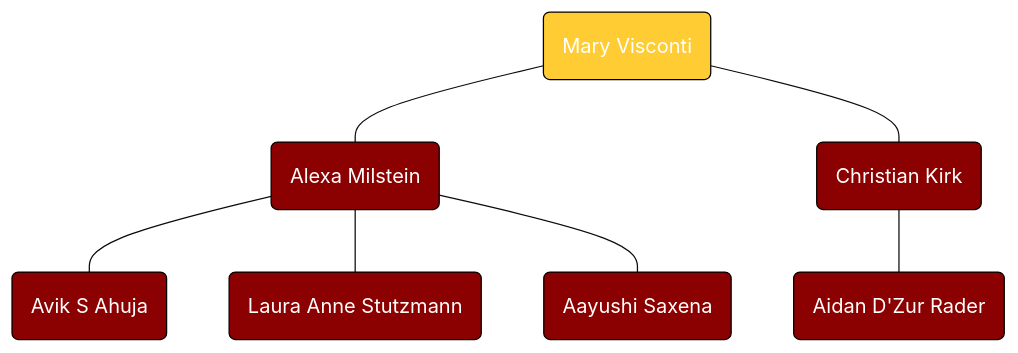
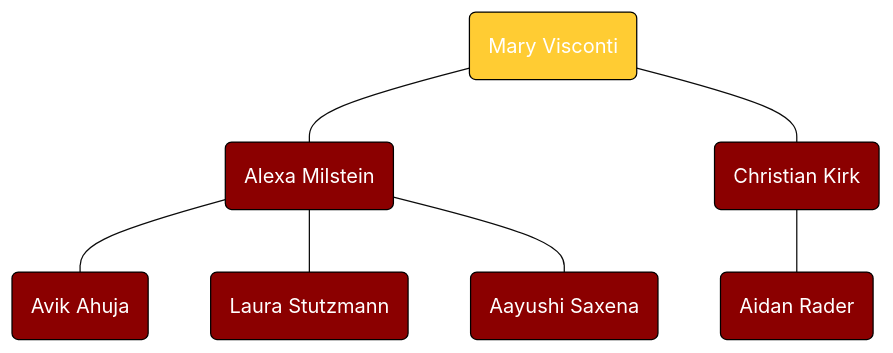
The diagram in Mary Visconti’s Line.md (gianlezotte/familytree), drawn with Mermaid (base theme) before and after one commit. The commit also changed 19 other files, not shown here.

````diff
--- a/Mary Visconti’s Line.md
+++ b/Mary Visconti’s Line.md
@@ -1,17 +1,17 @@
 ```mermaid
 flowchart TD
 
 %% Colors %%
 
-classDef blue fill:#8B0000,stroke:#000,color:#FFF
-classDef green fill:#FFCC33,stroke:#000,color:#FFF
+classDef red fill:#8B0000,stroke:#000,color:#FFF
+classDef gold fill:#FFCC33,stroke:#000,color:#FFF
 
 %% Mary Visconti's Line %%
-M219(Mary Visconti):::green---M230 & M238
-M230(Alexa Milstein):::blue---M270 & M271 & M291
-M270(Avik S Ahuja):::blue
-M238(Christian Kirk):::blue
-M271(Laura Anne Stutzmann):::blue
-M291(Aayushi Saxena):::blue
-M238---M309(Aidan D'Zur Rader):::blue
+M219(Mary Visconti):::gold---M230 & M238
+M230(Alexa Milstein):::red---M270 & M271 & M291
+M270(Avik Ahuja):::red
+M238(Christian Kirk):::red
+M271(Laura Stutzmann):::red
+M291(Aayushi Saxena):::red
+M238---M309(Aidan Rader):::red
 ```
````
